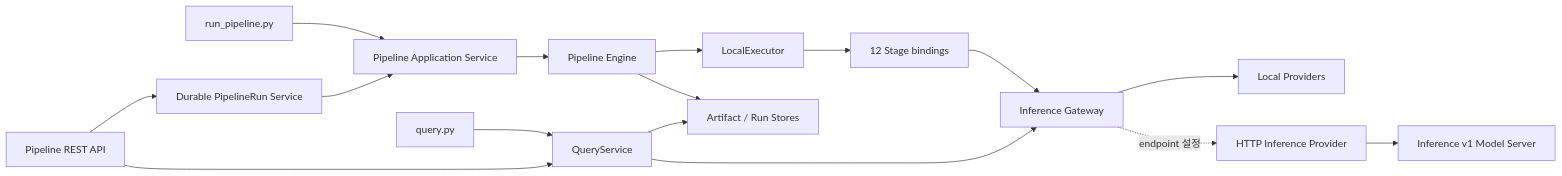
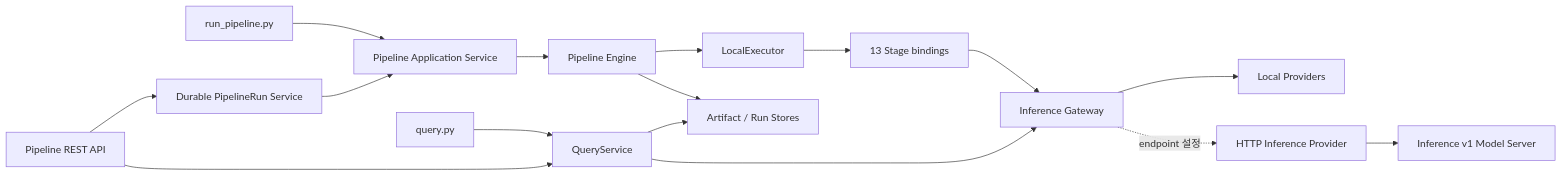
One commit to haesookimDev/video-preprocess changed the diagram in README.md. Above: the diagram before and after it, drawn with Mermaid. The commit also changed other lines of this file and 8 other files, not shown here.

First line of the commit message:
docs: document embedded text architecture

````diff
--- a/README.md
+++ b/README.md
@@ -11,18 +12,18 @@
 ```mermaid
 flowchart LR
     CLI[run_pipeline.py] --> APP[Pipeline Application Service]
     API[Pipeline REST API] --> RUNS[Durable PipelineRun Service]
     RUNS --> APP
     APP --> ENGINE[Pipeline Engine]
     ENGINE --> EXECUTOR[LocalExecutor]
-    EXECUTOR --> STAGES[12 Stage bindings]
+    EXECUTOR --> STAGES[13 Stage bindings]
     STAGES --> GATEWAY[Inference Gateway]
     GATEWAY --> LOCAL[Local Providers]
     GATEWAY -. endpoint 설정 .-> HTTP[HTTP Inference Provider]
     HTTP --> SERVER[Inference v1 Model Server]
     ENGINE --> STORES[Artifact / Run Stores]
     QCLI[query.py] --> QUERY[QueryService]
     API --> QUERY
     QUERY --> GATEWAY
     QUERY --> STORES
 ```
````
